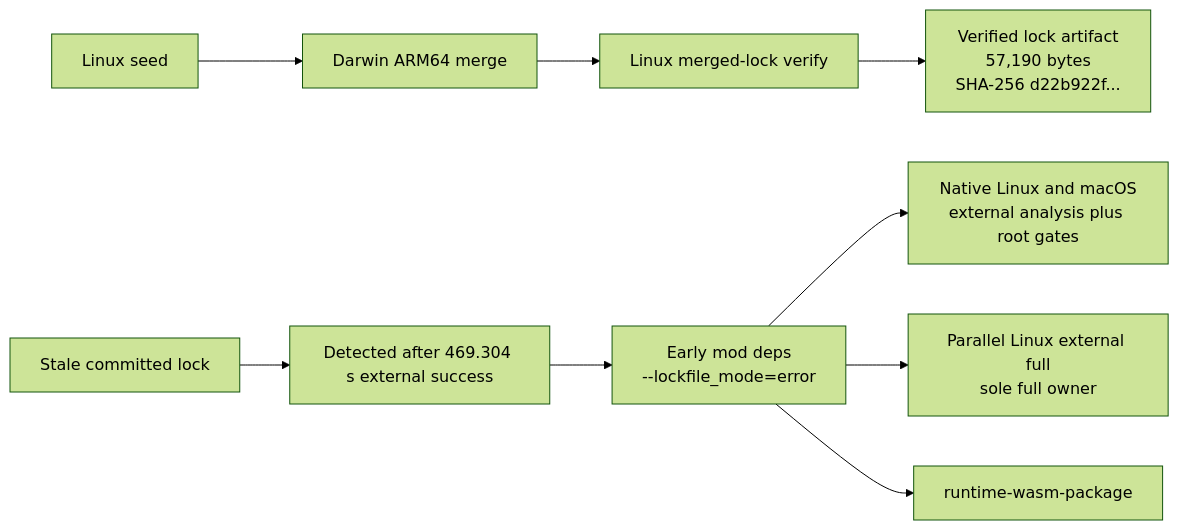
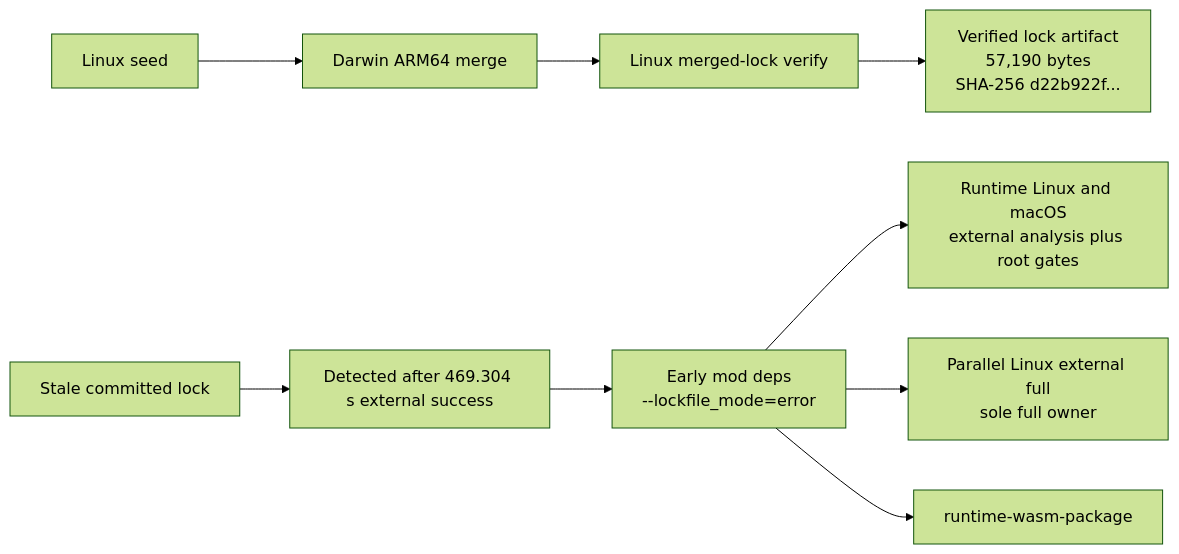
The diagram in module-system/design/147-adaptive-scheme-build-guard/14-historical-project-receipt-v1/01-cross-platform-lock.org (tao3k/gebril-yuanxu), drawn with Mermaid (forest theme) before and after one commit. The commit also changed other lines of this file and 1469 other files, not shown here.

```diff
--- a/module-system/design/147-adaptive-scheme-build-guard/14-historical-project-receipt-v1/01-cross-platform-lock.org
+++ b/module-system/design/147-adaptive-scheme-build-guard/14-historical-project-receipt-v1/01-cross-platform-lock.org
@@ -69,11 +69,11 @@
 #+begin_src mermaid
 flowchart LR
   Seed["Linux seed"] --> Darwin["Darwin ARM64 merge"]
   Darwin --> Verify["Linux merged-lock verify"]
   Verify --> Artifact["Verified lock artifact<br/>57,190 bytes<br/>SHA-256 d22b922f..."]
   Stale["Stale committed lock"] --> Late["Detected after 469.304 s external success"]
   Late --> Gate["Early mod deps<br/>--lockfile_mode=error"]
-  Gate --> Native["Native Linux and macOS<br/>external analysis plus root gates"]
+  Gate --> Runtime["Runtime Linux and macOS<br/>external analysis plus root gates"]
   Gate --> External["Parallel Linux external full<br/>sole full owner"]
   Gate --> Wasm["runtime-wasm-package"]
 #+end_src
```
